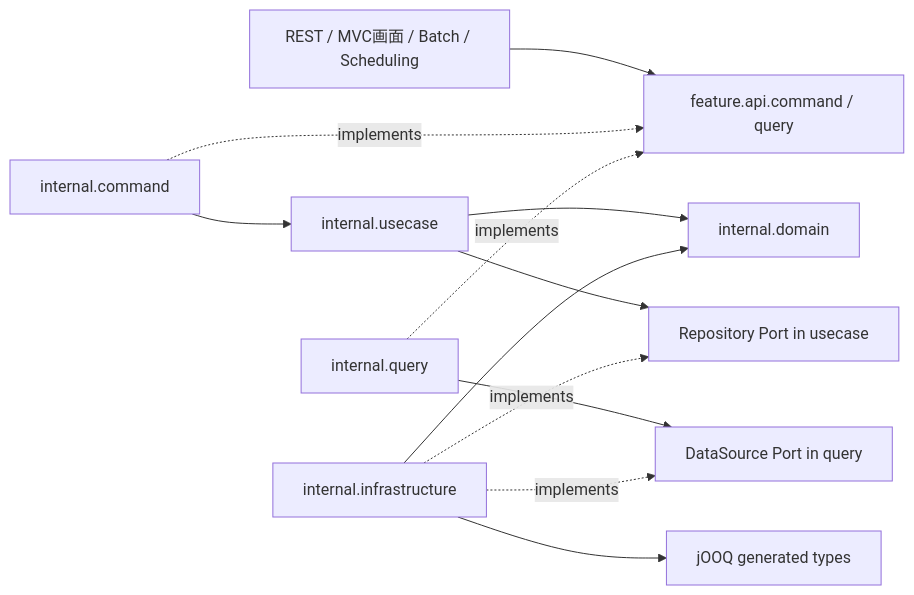
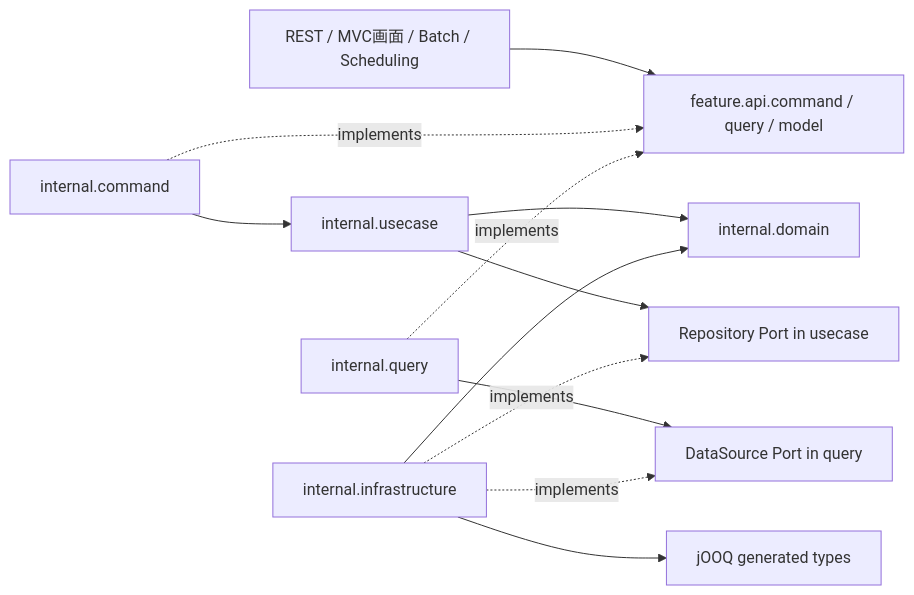
One commit to willowtown0576/spring-application-template changed the first of 2 diagrams in docs/architecture.md. Above: the diagram before and after it, drawn with Mermaid. The commit also changed other lines of this file and 84 other files, not shown here.

````diff
--- a/docs/architecture.md
+++ b/docs/architecture.md
@@ -9,16 +9,16 @@
 ```mermaid
 flowchart LR
   accTitle: 依存方向
   accDescr: 公開APIとPortを境界とするコンパイル時の依存
-  ADAPTER[REST / MVC画面 / Batch / Scheduling] --> API[feature.api.command / query]
+  ADAPTER[REST / MVC画面 / Batch / Scheduling] --> API[feature.api.command / query / model]
   COMMAND[internal.command] -. implements .-> API
   QUERY[internal.query] -. implements .-> API
   COMMAND --> USECASE[internal.usecase]
   USECASE --> DOMAIN[internal.domain]
   USECASE --> REPO[Repository Port in usecase]
   QUERY --> SOURCE[DataSource Port in query]
   INFRA[internal.infrastructure] -. implements .-> REPO
   INFRA -. implements .-> SOURCE
   INFRA --> DOMAIN
   INFRA --> JOOQ[jOOQ generated types]
 ```
````
